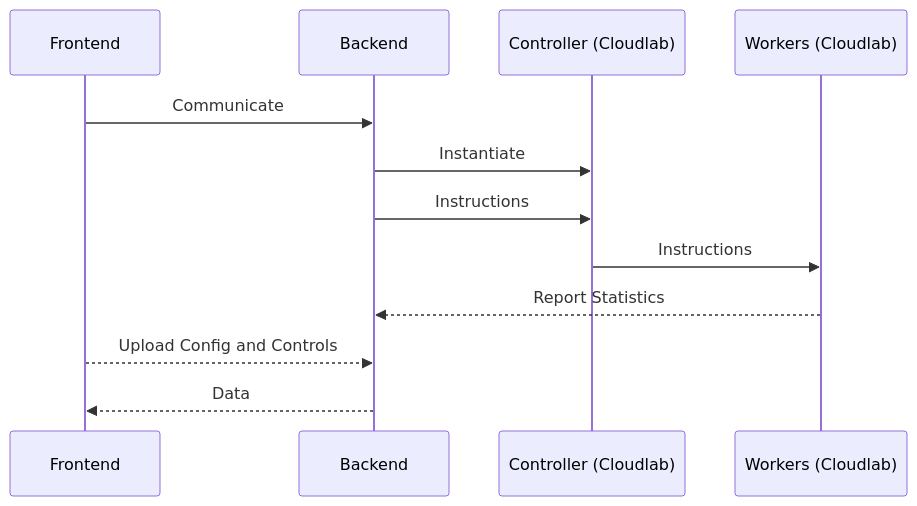
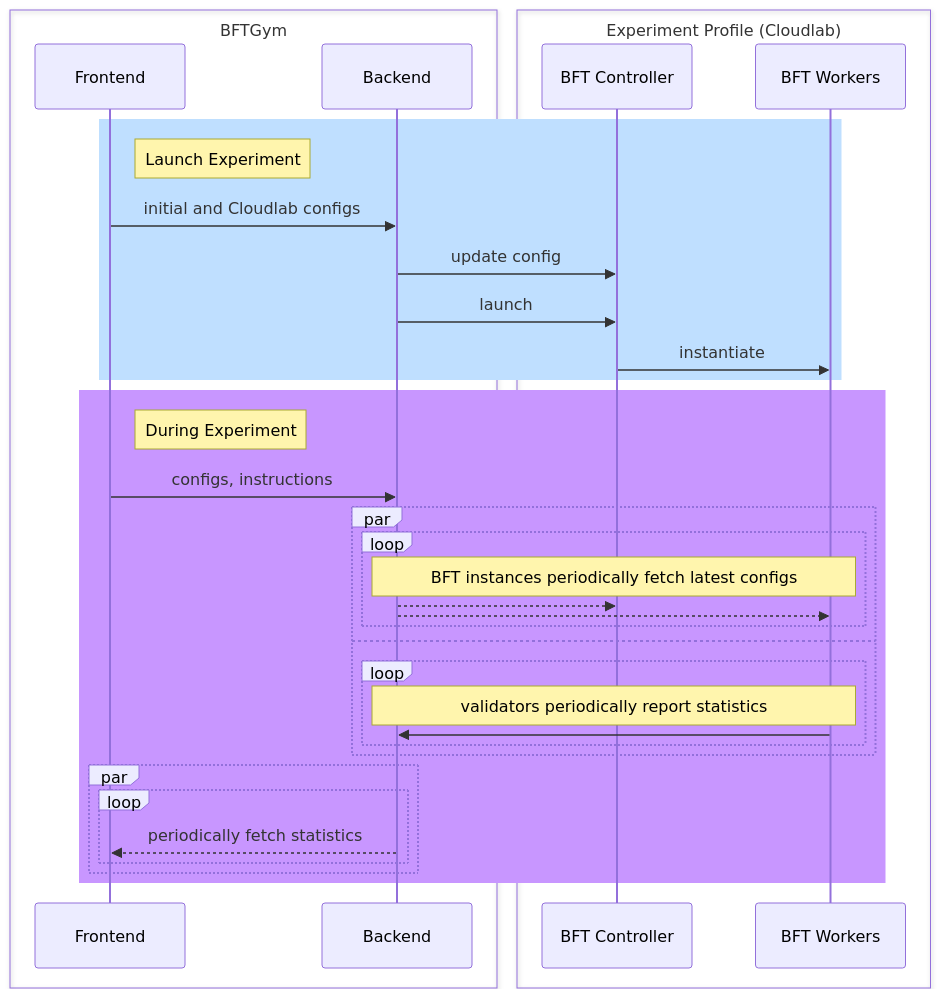
Before and after one commit to JeffersonQin/BFTBrain: the diagram in demo/server/README.md, drawn with Mermaid.

Commit message:
doc: update diagram

````diff
--- a/demo/server/README.md
+++ b/demo/server/README.md
@@ -37,14 +37,58 @@
 ```mermaid
 sequenceDiagram
-    participant Frontend
-    participant Backend
-    participant Controller_Cloudlab as Controller (Cloudlab)
-    participant Workers_Cloudlab as Workers (Cloudlab)
-    Frontend->>Backend: Communicate
-    Backend->>Controller_Cloudlab: Instantiate
-    Backend->>Controller_Cloudlab: Instructions
-    Controller_Cloudlab->>Workers_Cloudlab: Instructions
-    Workers_Cloudlab-->>Backend: Report Statistics
-    Frontend-->>Backend: Upload Config and Controls
-    Backend-->>Frontend: Data
+
+  box BFTGym
+  participant Frontend
+  participant Backend
+  end
+  box Experiment Profile (Cloudlab)
+  participant Controller_Cloudlab
+  participant Workers_Cloudlab
+  end
+
+
+  participant Frontend as Frontend
+  participant Backend as Backend
+  participant Controller_Cloudlab as BFT Controller
+  participant Workers_Cloudlab as BFT Workers
+
+
+
+  rect rgb(191, 223, 255)
+    note right of Frontend: Launch Experiment
+
+    Frontend ->> Backend:  initial and Cloudlab configs
+
+    Backend ->> Controller_Cloudlab: update config
+    Backend ->> Controller_Cloudlab: launch
+
+    Controller_Cloudlab ->> Workers_Cloudlab: instantiate
+  end
+
+  rect rgb(200, 150, 255)
+
+  note right of Frontend: During Experiment
+
+  Frontend ->> Backend: configs, instructions
+
+  par
+    loop  
+        note over Workers_Cloudlab,Backend: BFT instances periodically fetch latest configs
+        Backend -->> Controller_Cloudlab:   
+        Backend -->> Workers_Cloudlab:   
+    end
+  and
+    loop  
+        note over Backend,Workers_Cloudlab: validators periodically report statistics
+        Workers_Cloudlab ->> Backend: 
+    end
+  end
+
+  par
+    loop
+        Backend -->> Frontend: periodically fetch statistics
+    end
+  end
+
+  end
 ```
````
